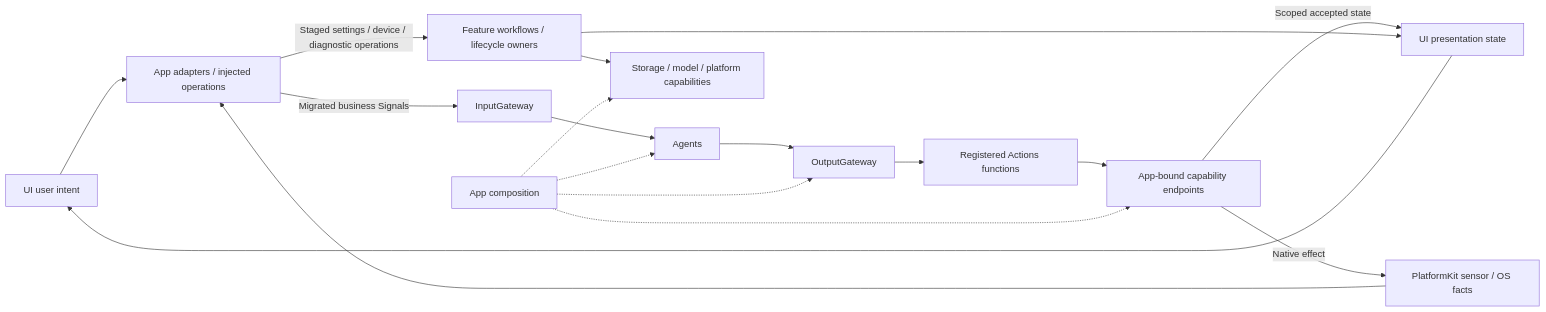
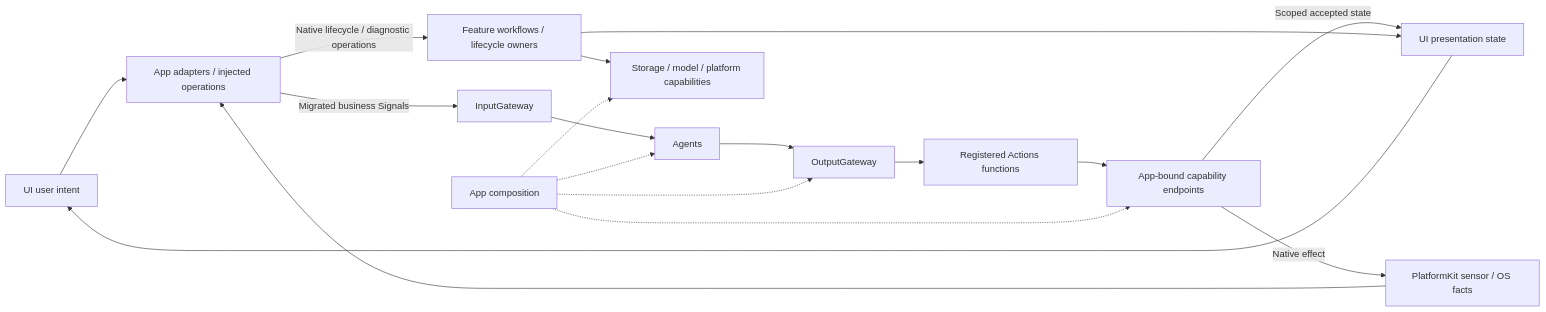
One commit to devilyouwei/MobileHarness changed the first of 3 diagrams in MobileHarness/App/README.md. Above: the diagram before and after it, drawn with Mermaid. The commit also changed other lines of this file and 201 other files, not shown here.

````diff
--- a/MobileHarness/App/README.md
+++ b/MobileHarness/App/README.md
@@ -11,20 +11,20 @@
 ```mermaid
 flowchart LR
     UI[UI user intent] --> Adapter[App adapters / injected operations]
     Platform[PlatformKit sensor / OS facts] --> Adapter
     Adapter -->|Migrated business Signals| Input[InputGateway]
     Input --> Agents
     Agents --> Output[OutputGateway]
     Output --> Functions[Registered Actions functions]
     Functions --> Endpoints[App-bound capability endpoints]
     Endpoints -->|Scoped accepted state| State[UI presentation state]
     State --> UI
     Endpoints -->|Native effect| Platform
-    Adapter -->|Staged settings / device / diagnostic operations| Workflows[Feature workflows / lifecycle owners]
+    Adapter -->|Native lifecycle / diagnostic operations| Workflows[Feature workflows / lifecycle owners]
     Workflows --> State
     Workflows --> Services[Storage / model / platform capabilities]
     Root[App composition] -.-> Agents
     Root -.-> Output
     Root -.-> Endpoints
     Root -.-> Services
 ```
````
